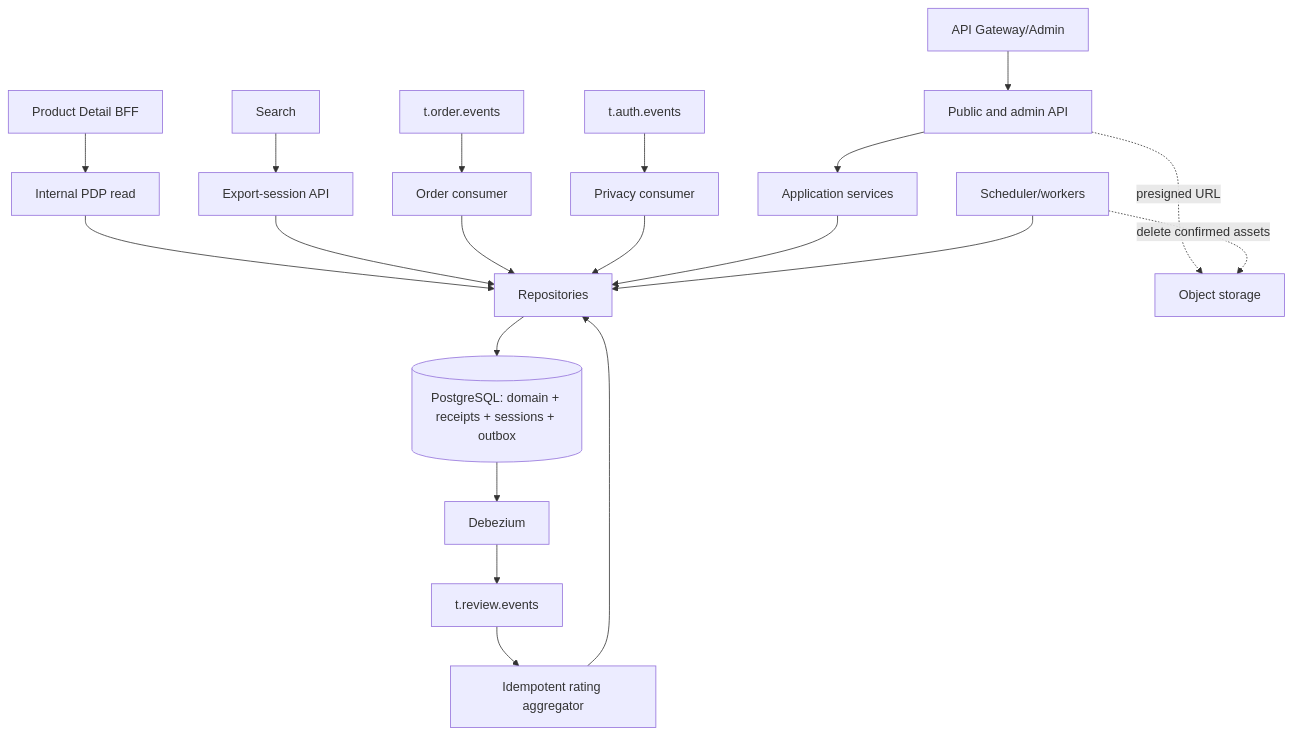
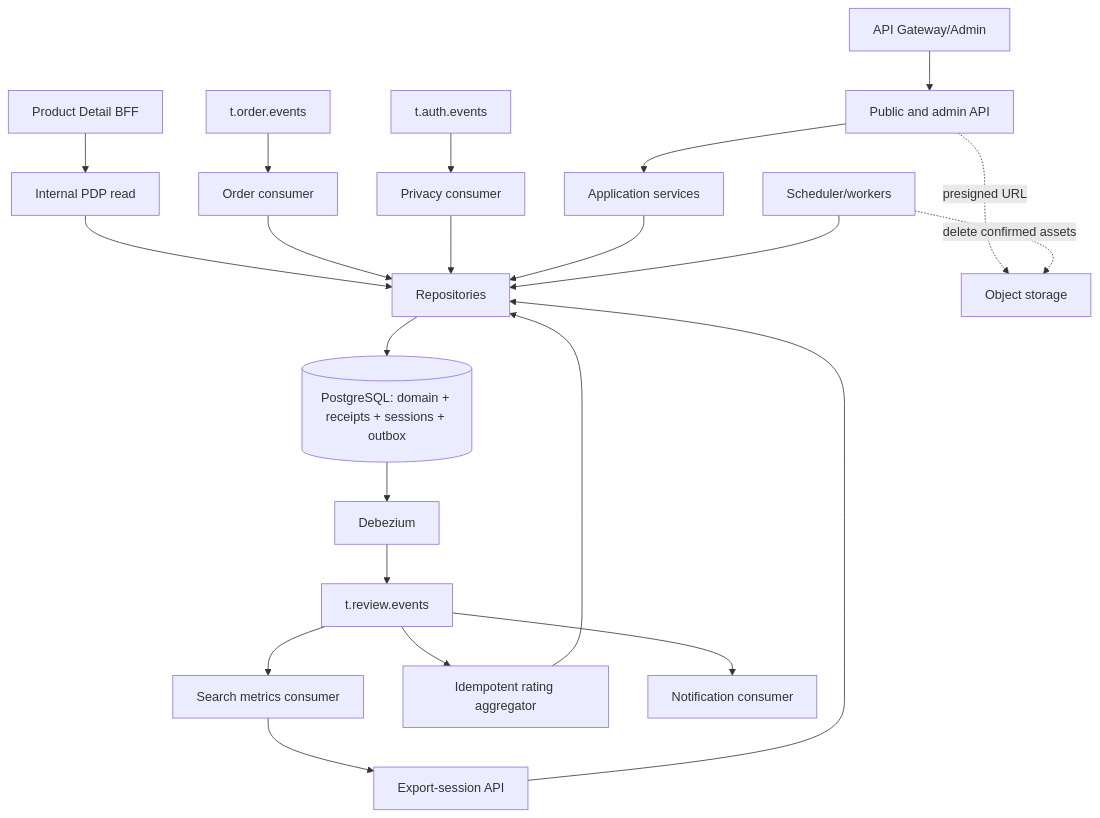
Before and after one commit to quangdung2110/e-commerce-microservices: the diagram in docs/review/architecture.md, drawn with Mermaid. The commit also changed other lines of this file and 16 other files, not shown here.

````diff
--- a/docs/review/architecture.md
+++ b/docs/review/architecture.md
@@ -26,21 +29,23 @@
 ```mermaid
 flowchart TB
   GW[API Gateway/Admin] --> API[Public and admin API]
   BFF[Product Detail BFF] --> PDP[Internal PDP read]
   SEARCH[Search] --> EXP[Export-session API]
   ORDER[t.order.events] --> OC[Order consumer]
   AUTH[t.auth.events] --> PC[Privacy consumer]
 
   API --> APP[Application services]
   PDP --> REPO[Repositories]
   EXP --> REPO
   OC --> REPO
   PC --> REPO
   APP --> REPO
   REPO --> PG[(PostgreSQL: domain + receipts + sessions + outbox)]
   PG --> DBZ[Debezium] --> EVENTS[t.review.events]
   EVENTS --> AGG[Idempotent rating aggregator] --> REPO
+  EVENTS --> SEARCH[Search metrics consumer]
+  EVENTS --> NOTIFY[Notification consumer]
   SCHED[Scheduler/workers] --> REPO
   API -. presigned URL .-> OBJ[Object storage]
   SCHED -. delete confirmed assets .-> OBJ
 ```
````
